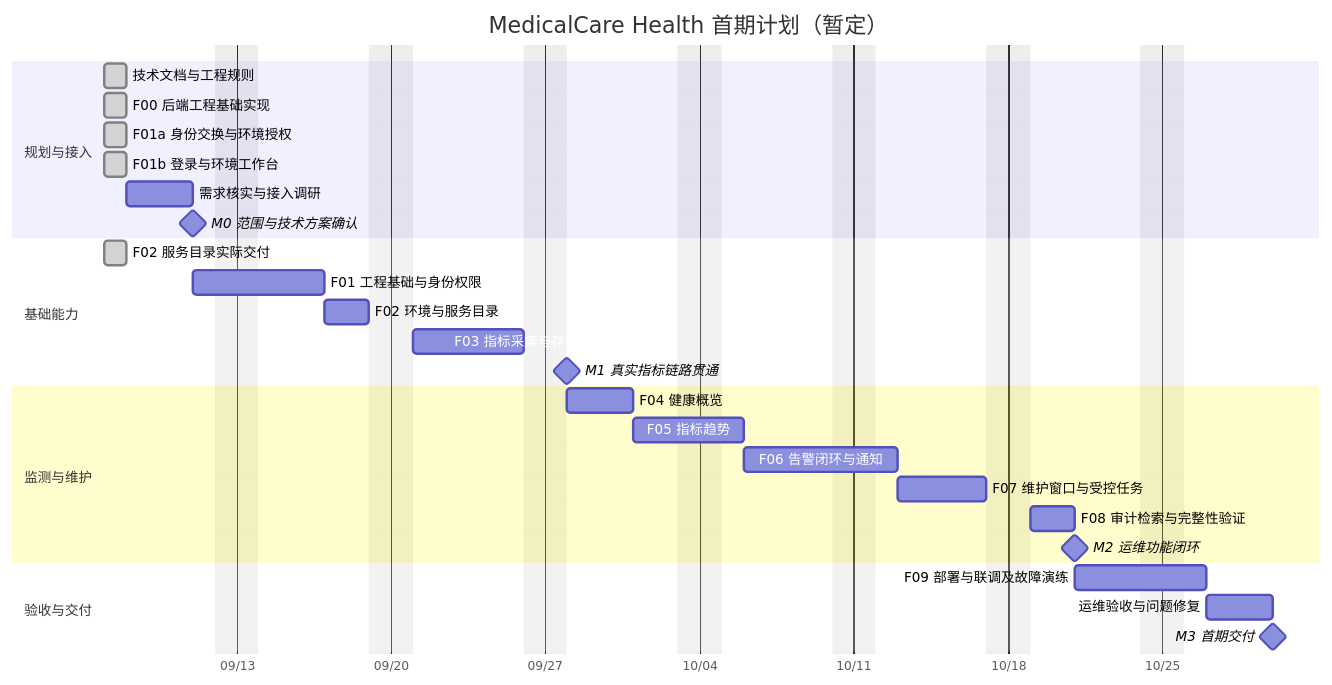
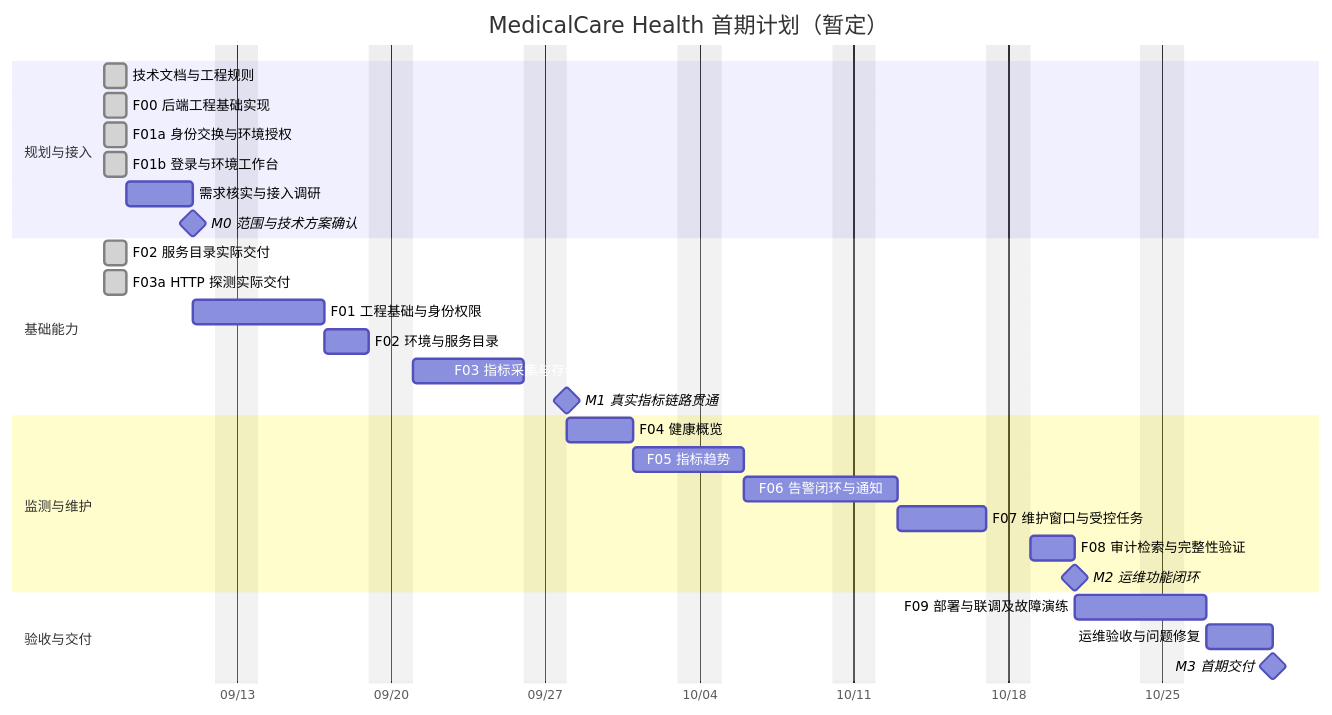
One commit to lafie-s/MedicalCare_Health changed the diagram in docs/project-plan.md. Above: the diagram before and after it, drawn with Mermaid. The commit also changed other lines of this file and 19 other files, not shown here.

````diff
--- a/docs/project-plan.md
+++ b/docs/project-plan.md
@@ -13,31 +13,32 @@
 ```mermaid
 gantt
     title MedicalCare Health 首期计划（暂定）
     dateFormat YYYY-MM-DD
     axisFormat %m/%d
     excludes weekends
     section 规划与接入
     技术文档与工程规则              :done, docs, 2026-09-07, 1d
     F00 后端工程基础实现           :done, f00, 2026-09-07, 1d
     F01a 身份交换与环境授权        :done, f01a, 2026-09-07, 1d
     F01b 登录与环境工作台          :done, f01b, 2026-09-07, 1d
     需求核实与接入调研              :a0, 2026-09-08, 3d
     M0 范围与技术方案确认           :milestone, m0, after a0, 0d
     section 基础能力
     F02 服务目录实际交付           :done, f02actual, 2026-09-07, 1d
+    F03a HTTP 探测实际交付         :done, f03actual, 2026-09-07, 1d
     F01 工程基础与身份权限          :a1, after m0, 4d
     F02 环境与服务目录              :a2, after a1, 2d
     F03 指标采集与存储接入          :a3, after a2, 5d
     M1 真实指标链路贯通             :milestone, m1, after a3, 0d
     section 监测与维护
     F04 健康概览                   :a4, after m1, 3d
     F05 指标趋势                   :a5, after a4, 3d
     F06 告警闭环与通知              :a6, after a5, 5d
     F07 维护窗口与受控任务          :a7, after a6, 4d
     F08 审计检索与完整性验证        :a8, after a7, 2d
     M2 运维功能闭环                :milestone, m2, after a8, 0d
     section 验收与交付
     F09 部署与联调及故障演练        :a9, after m2, 4d
     运维验收与问题修复              :a10, after a9, 3d
     M3 首期交付                    :milestone, m3, after a10, 0d
 ```
````
